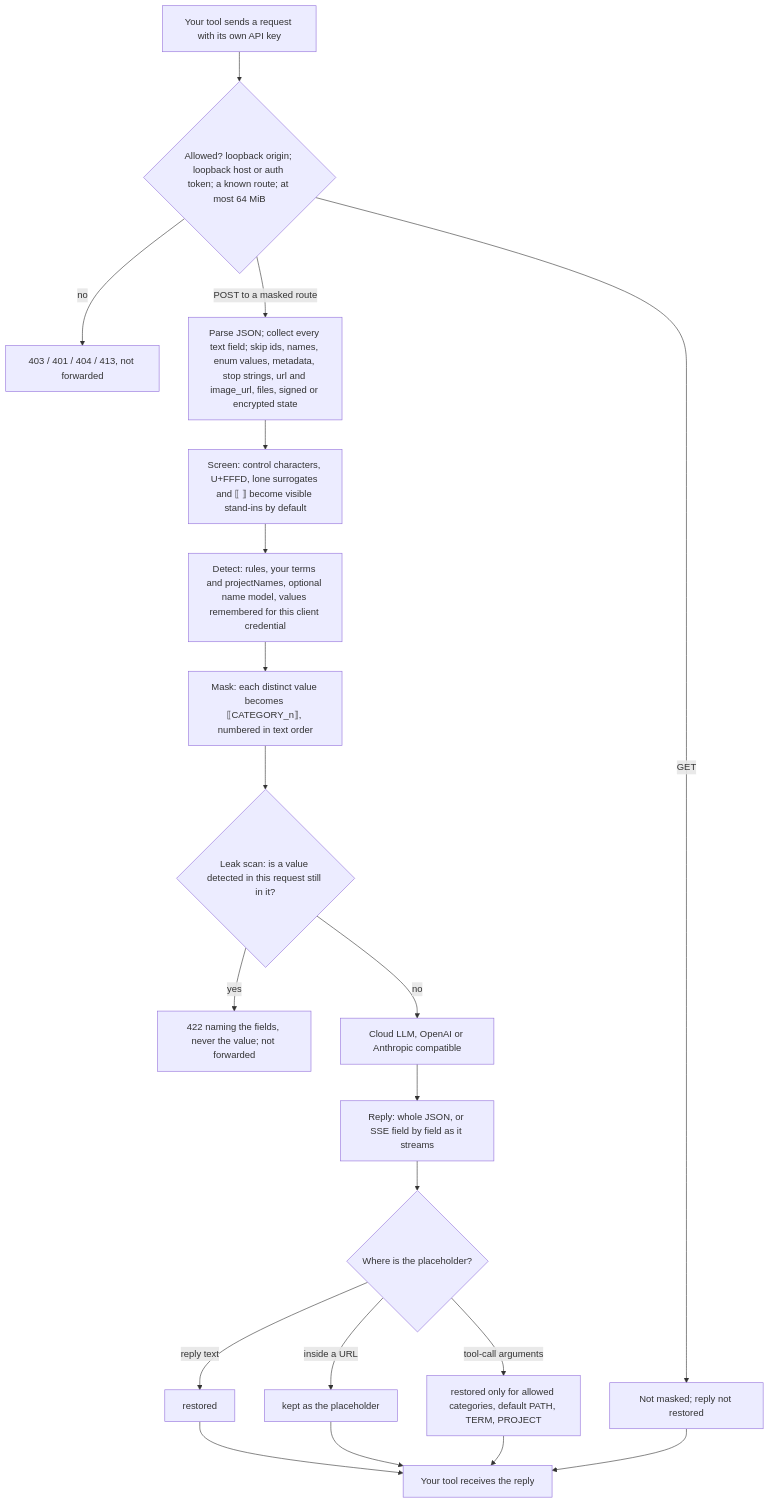
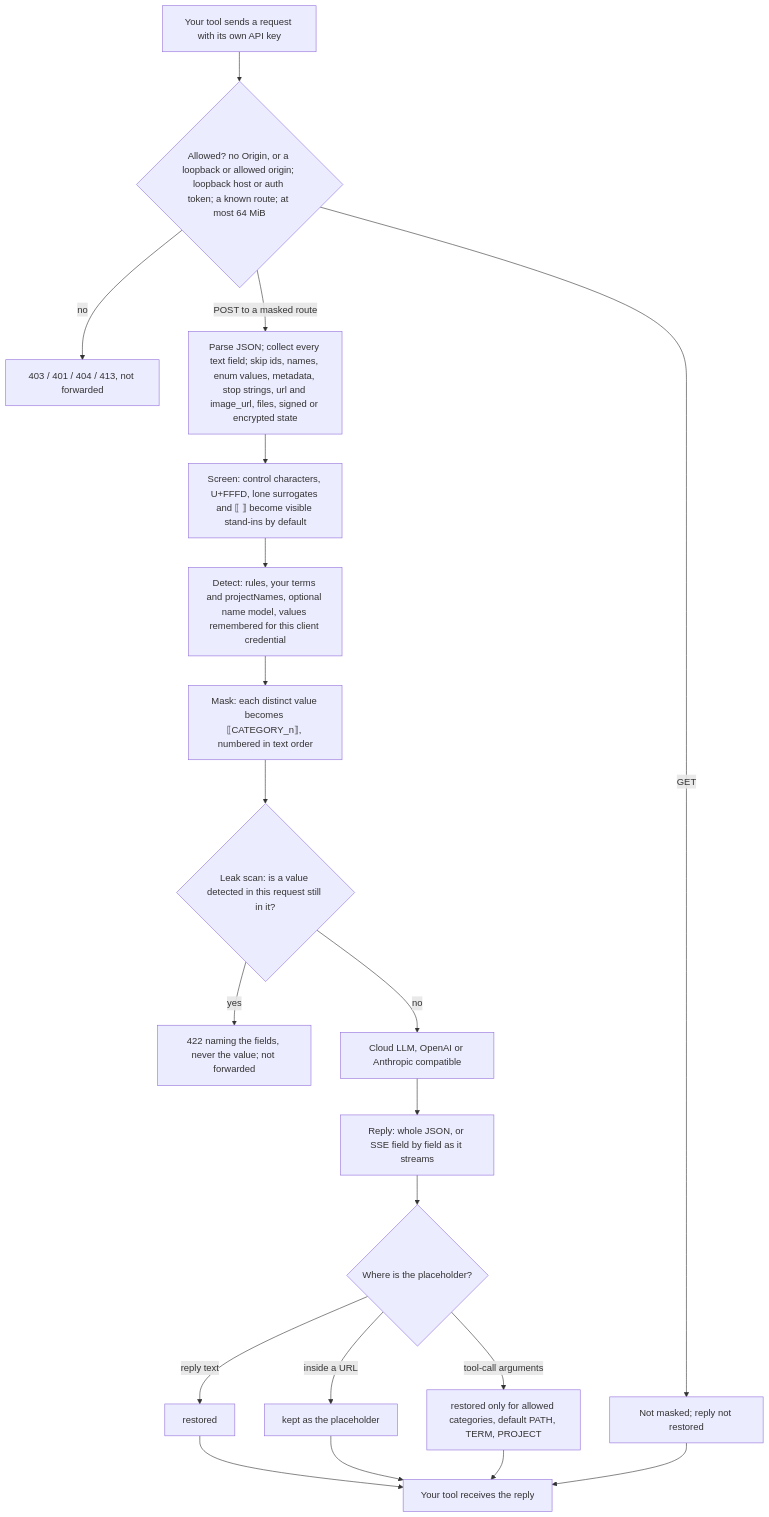
One commit to Exestence/redaction-proxy changed the diagram in README.md. Above: the diagram before and after it, drawn with Mermaid. The commit also changed other lines of this file and 4 other files, not shown here.

````diff
--- a/README.md
+++ b/README.md
@@ -147,22 +147,22 @@
 ```mermaid
 flowchart TD
-  A["Your tool sends a request with its own API key"] --> B{"Allowed? loopback origin; loopback host or auth token; a known route; at most 64 MiB"}
+  A["Your tool sends a request with its own API key"] --> B{"Allowed? no Origin, or a loopback or allowed origin; loopback host or auth token; a known route; at most 64 MiB"}
   B -- "no" --> B2["403 / 401 / 404 / 413, not forwarded"]
   B -- "GET" --> P["Not masked; reply not restored"]
   B -- "POST to a masked route" --> C["Parse JSON; collect every text field; skip ids, names, enum values, metadata, stop strings, url and image_url, files, signed or encrypted state"]
   C --> S["Screen: control characters, U+FFFD, lone surrogates and ⟦ ⟧ become visible stand-ins by default"]
   S --> D["Detect: rules, your terms and projectNames, optional name model, values remembered for this client credential"]
   D --> E["Mask: each distinct value becomes ⟦CATEGORY_n⟧, numbered in text order"]
   E --> F{"Leak scan: is a value detected in this request still in it?"}
   F -- "yes" --> F2["422 naming the fields, never the value; not forwarded"]
   F -- "no" --> U["Cloud LLM, OpenAI or Anthropic compatible"]
   U --> R["Reply: whole JSON, or SSE field by field as it streams"]
   R --> G{"Where is the placeholder?"}
   G -- "reply text" --> G1["restored"]
   G -- "inside a URL" --> G2["kept as the placeholder"]
   G -- "tool-call arguments" --> G3["restored only for allowed categories, default PATH, TERM, PROJECT"]
   G1 --> Z["Your tool receives the reply"]
   G2 --> Z
   G3 --> Z
   P --> Z
 ```
````
